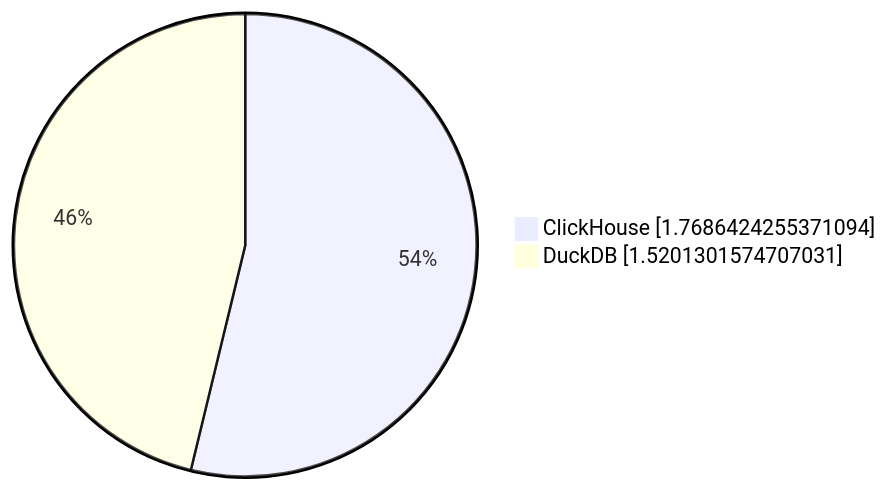
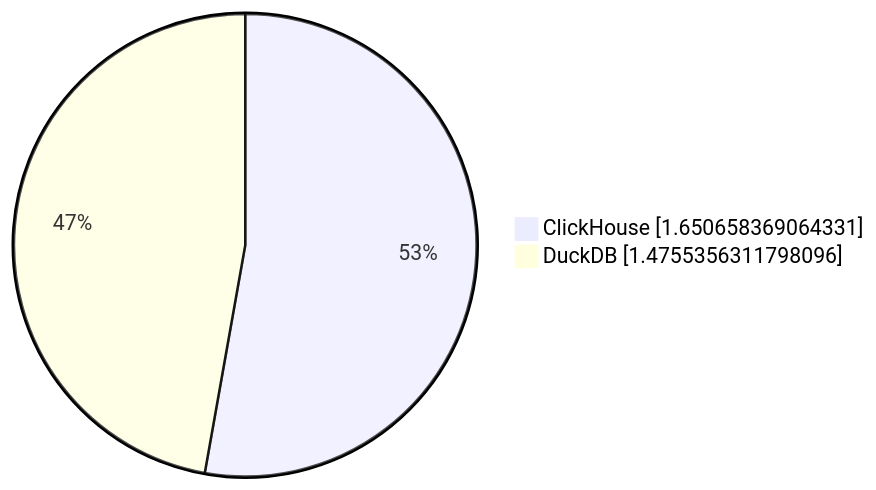
One commit to Altinity/clickhouse-regression changed diagram 14 of 19 in parquet/performance/results/hits/23.11.1.2711-alpine/README.md. Above: the diagram before and after it, drawn with Mermaid. The commit also changed other lines of this file and 8 other files, not shown here.

````diff
--- a/parquet/performance/results/hits/23.11.1.2711-alpine/README.md
+++ b/parquet/performance/results/hits/23.11.1.2711-alpine/README.md
@@ -140,5 +140,5 @@
 ```mermaid
      pie showData
-         "ClickHouse" : 1.7686424255371094
-         "DuckDB" : 1.5201301574707031
+         "ClickHouse" : 1.650658369064331
+         "DuckDB" : 1.4755356311798096
 ```
````
